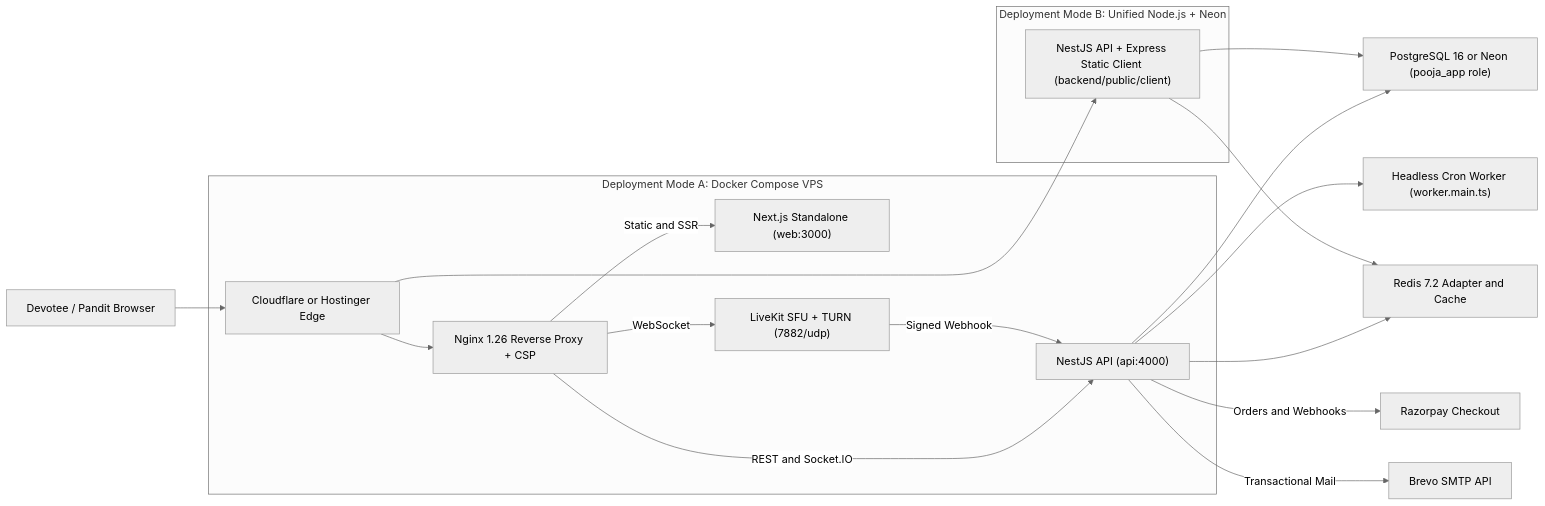
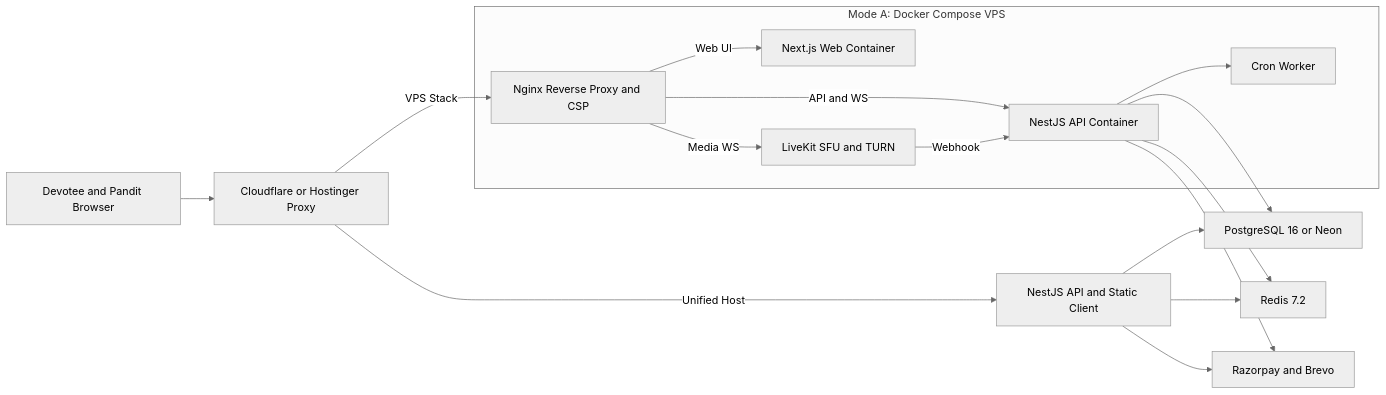
One commit to AnkitTiwari2005/LIVE-STREAM changed the first of 2 diagrams in README.md. Above: the diagram before and after it, drawn with Mermaid (neutral theme). The commit also changed other lines of this file, not shown here.

Commit message:
docs: fix Mermaid subgraph scoping and sequence diagram labels for GitHub

````diff
--- a/README.md
+++ b/README.md
@@ -73,24 +73,21 @@
 ```mermaid
 flowchart LR
-    Devotee["Devotee / Pandit Browser"] --> Edge["Cloudflare or Hostinger Edge"]
+    user["Devotee and Pandit Browser"] --> proxy["Cloudflare or Hostinger Proxy"]
+    proxy -->|"Unified Host"| unified["NestJS API and Static Client"]
 
-    subgraph VPS["Deployment Mode A: Docker Compose VPS"]
-        Edge --> Nginx["Nginx 1.26 Reverse Proxy + CSP"]
-        Nginx -->|Static and SSR| Web["Next.js Standalone (web:3000)"]
-        Nginx -->|REST and Socket.IO| API["NestJS API (api:4000)"]
-        Nginx -->|WebSocket| LK["LiveKit SFU + TURN (7882/udp)"]
+    subgraph vps ["Mode A: Docker Compose VPS"]
+        nginx["Nginx Reverse Proxy and CSP"] -->|"Web UI"| web["Next.js Web Container"]
+        nginx -->|"API and WS"| api["NestJS API Container"]
+        nginx -->|"Media WS"| lk["LiveKit SFU and TURN"]
+        api --> worker["Cron Worker"]
+        lk -->|"Webhook"| api
     end
 
-    subgraph Unified["Deployment Mode B: Unified Node.js + Neon"]
-        Edge --> UnifiedAPI["NestJS API + Express Static Client (backend/public/client)"]
-    end
-
-    API --> Worker["Headless Cron Worker (worker.main.ts)"]
-    API --> PG["PostgreSQL 16 or Neon (pooja_app role)"]
-    UnifiedAPI --> PG
-    API --> Redis["Redis 7.2 Adapter and Cache"]
-    UnifiedAPI --> Redis
-    LK -->|Signed Webhook| API
-    API -->|Orders and Webhooks| Razorpay["Razorpay Checkout"]
-    API -->|Transactional Mail| Brevo["Brevo SMTP API"]
+    proxy -->|"VPS Stack"| nginx
+    api --> pg["PostgreSQL 16 or Neon"]
+    unified --> pg
+    api --> redis["Redis 7.2"]
+    unified --> redis
+    api --> pay["Razorpay and Brevo"]
+    unified --> pay
 ```
````
